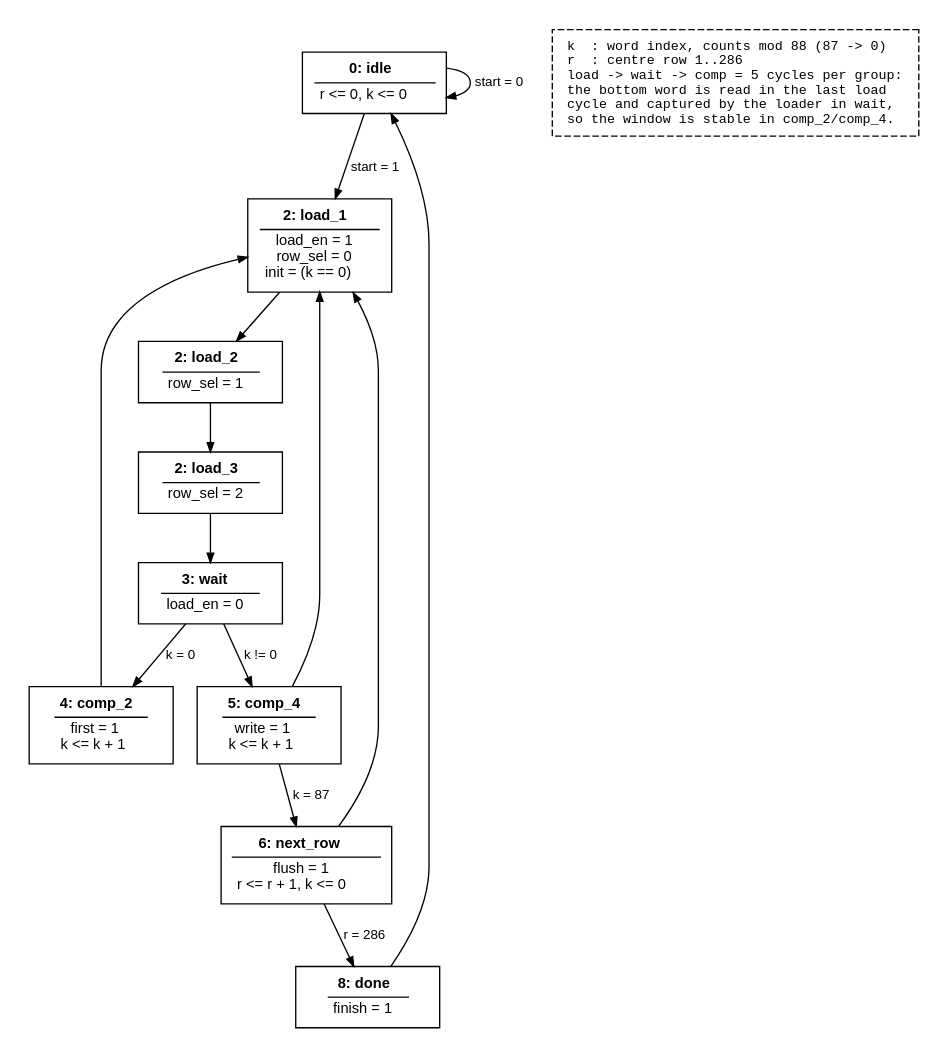
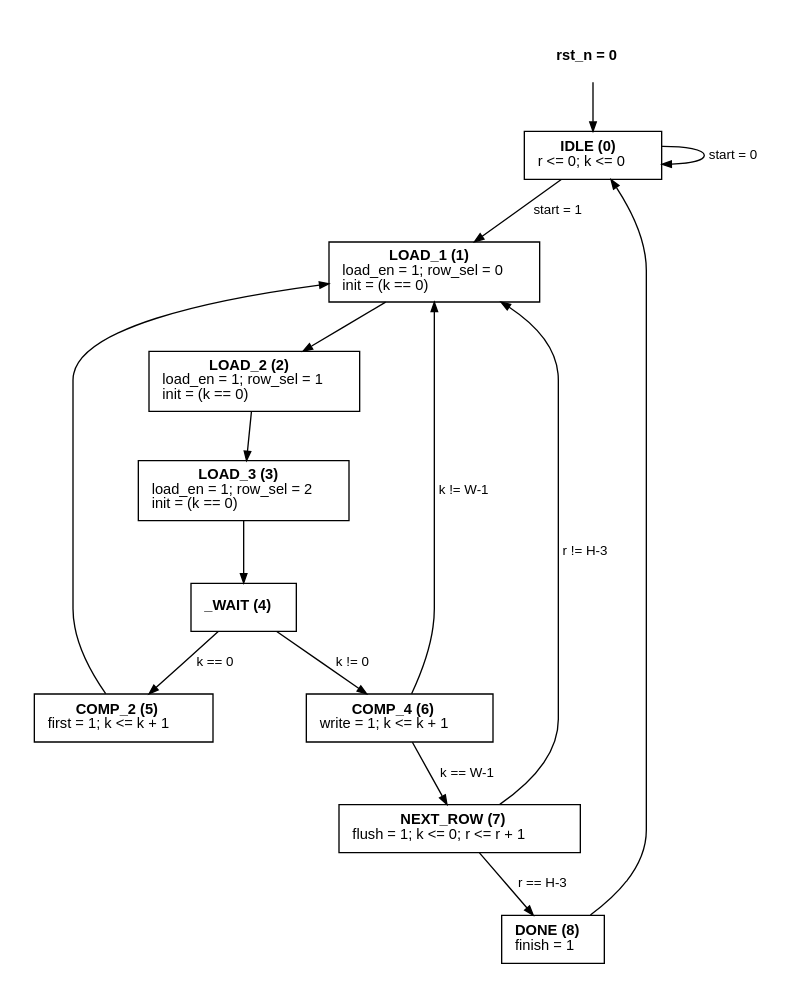
The diagram in report/figures/controller_fsm.dot (denizlg24/02203_assignement_2), drawn with Graphviz before and after one commit. The commit also changed 25 other files, not shown here.

```diff
--- a/report/figures/controller_fsm.dot
+++ b/report/figures/controller_fsm.dot
@@ -1,31 +1,29 @@
 digraph controller_fsm {
-    graph [bgcolor="white", splines=true, outputorder=nodesfirst, pad=0.2];
-    node [shape=rect, fixedsize=false, width=1.5, fontname="Helvetica", fontsize=11];
+    graph [bgcolor="white", rankdir=TB, pad=0.25, nodesep=0.45, ranksep=0.5];
+    node [fontname="Helvetica", fontsize=11, margin="0.14,0.09"];
     edge [fontname="Helvetica", fontsize=10, arrowsize=0.7];
-
-    // Moore outputs (=) and register transfers (<=) below the divider
-    s0 [label=<<TABLE BORDER="0" CELLBORDER="0" CELLSPACING="2"><TR><TD><B>0: idle</B></TD></TR><HR/><TR><TD>r &lt;= 0, k &lt;= 0</TD></TR></TABLE>>];
-    s1 [label=<<TABLE BORDER="0" CELLBORDER="0" CELLSPACING="2"><TR><TD><B>2: load_1</B></TD></TR><HR/><TR><TD>load_en = 1<BR/>row_sel = 0<BR/>init = (k == 0)</TD></TR></TABLE>>];
-    s2 [label=<<TABLE BORDER="0" CELLBORDER="0" CELLSPACING="2"><TR><TD><B>2: load_2</B></TD></TR><HR/><TR><TD>row_sel = 1<BR/></TD></TR></TABLE>>];
-    s3 [label=<<TABLE BORDER="0" CELLBORDER="0" CELLSPACING="2"><TR><TD><B>2: load_3</B></TD></TR><HR/><TR><TD>row_sel = 2<BR/></TD></TR></TABLE>>];
-    s4 [label=<<TABLE BORDER="0" CELLBORDER="0" CELLSPACING="2"><TR><TD><B>3: wait</B></TD></TR><HR/><TR><TD>load_en = 0</TD></TR></TABLE>>];
-    s5 [label=<<TABLE BORDER="0" CELLBORDER="0" CELLSPACING="2"><TR><TD><B>4: comp_2</B></TD></TR><HR/><TR><TD>first = 1<BR/>k &lt;= k + 1</TD></TR></TABLE>>];
-    s6 [label=<<TABLE BORDER="0" CELLBORDER="0" CELLSPACING="2"><TR><TD><B>5: comp_4</B></TD></TR><HR/><TR><TD>write = 1<BR/>k &lt;= k + 1</TD></TR></TABLE>>];
-    s7 [label=<<TABLE BORDER="0" CELLBORDER="0" CELLSPACING="2"><TR><TD><B>6: next_row</B></TD></TR><HR/><TR><TD>flush = 1<BR/>r &lt;= r + 1, k &lt;= 0</TD></TR></TABLE>>];
-    s8 [label=<<TABLE BORDER="0" CELLBORDER="0" CELLSPACING="2"><TR><TD><B>8: done</B></TD></TR><HR/><TR><TD>finish = 1</TD></TR></TABLE>>];
-    note0 [shape=box, fixedsize=false, style=dashed, fontsize=10, fontname="Courier", margin="0.15,0.1", label="k  : word index, counts mod 88 (87 -> 0)\lr  : centre row 1..286\lload -> wait -> comp = 5 cycles per group:\lthe bottom word is read in the last load\lcycle and captured by the loader in wait,\lso the window is stable in comp_2/comp_4.\l"];
+    s0 [shape=box, label=<<B>IDLE (0)</B><BR/>r &lt;= 0; k &lt;= 0<BR ALIGN="LEFT"/>>];
+    s1 [shape=box, label=<<B>LOAD_1 (1)</B><BR/>load_en = 1; row_sel = 0<BR ALIGN="LEFT"/>init = (k == 0)<BR ALIGN="LEFT"/>>];
+    s2 [shape=box, label=<<B>LOAD_2 (2)</B><BR/>load_en = 1; row_sel = 1<BR ALIGN="LEFT"/>init = (k == 0)<BR ALIGN="LEFT"/>>];
+    s3 [shape=box, label=<<B>LOAD_3 (3)</B><BR/>load_en = 1; row_sel = 2<BR ALIGN="LEFT"/>init = (k == 0)<BR ALIGN="LEFT"/>>];
+    s4 [shape=box, label=<<B>_WAIT (4)</B>>];
+    s5 [shape=box, label=<<B>COMP_2 (5)</B><BR/>first = 1; k &lt;= k + 1<BR ALIGN="LEFT"/>>];
+    s6 [shape=box, label=<<B>COMP_4 (6)</B><BR/>write = 1; k &lt;= k + 1<BR ALIGN="LEFT"/>>];
+    s7 [shape=box, label=<<B>NEXT_ROW (7)</B><BR/>flush = 1; k &lt;= 0; r &lt;= r + 1<BR ALIGN="LEFT"/>>];
+    s8 [shape=box, label=<<B>DONE (8)</B><BR/>finish = 1<BR ALIGN="LEFT"/>>];
+    reset [shape=plaintext, label=<<B>rst_n = 0</B>>];
+    reset -> s0;
     s0 -> s0 [label="start = 0"];
     s0 -> s1 [label="start = 1"];
     s1 -> s2;
     s2 -> s3;
     s3 -> s4;
-    s4 -> s5 [label="k = 0"];
+    s4 -> s5 [label="k == 0"];
+    s4 -> s6 [label="k != 0"];
     s5 -> s1;
-    s4 -> s6 [label="k != 0"];
-    s6 -> s7 [label="k = 87"];
-    s6 -> s1;
-    s7 -> s8 [label="r = 286"];
-    s7 -> s1;
+    s6 -> s7 [label="k == W-1"];
+    s6 -> s1 [label="k != W-1"];
+    s7 -> s8 [label="r == H-3"];
+    s7 -> s1 [label="r != H-3"];
     s8 -> s0;
-    
 }
```
